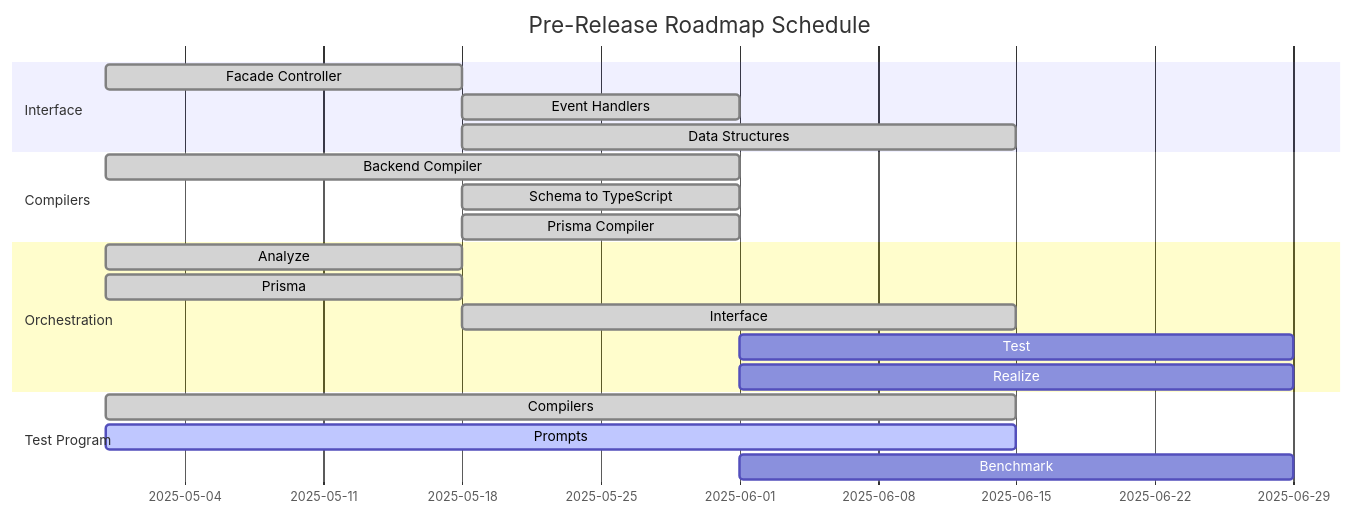
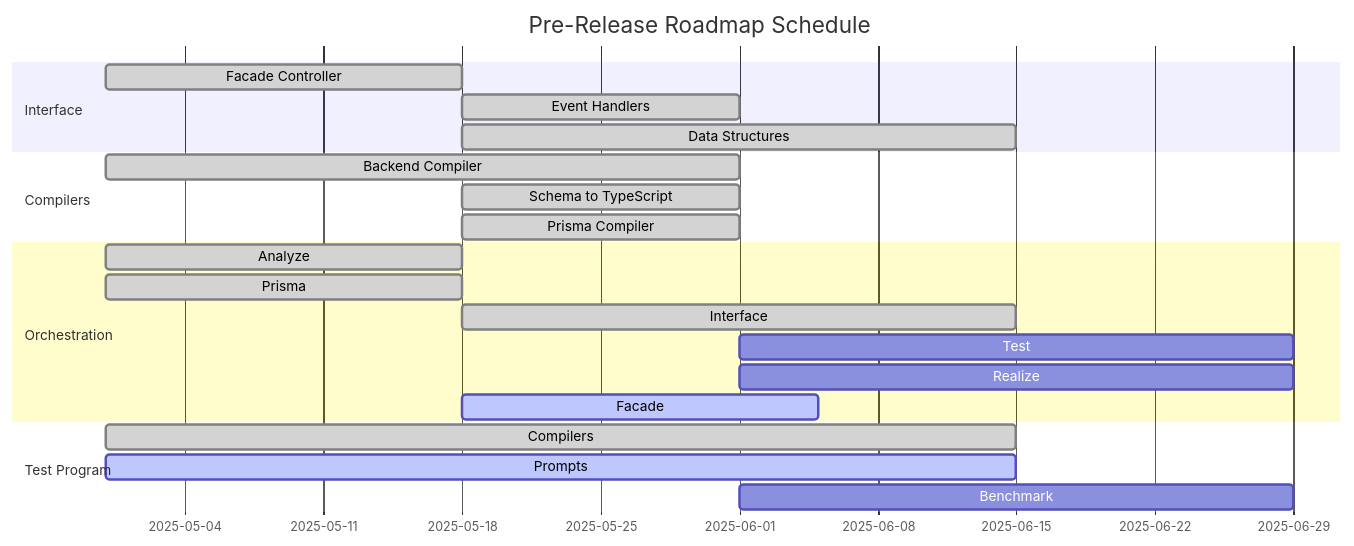
Before and after one commit to wrtnlabs/autobe: the third of 3 diagrams in README.md, drawn with Mermaid. The commit also changed 15 other files, not shown here.

````diff
--- a/README.md
+++ b/README.md
@@ -404,27 +404,28 @@
 ```mermaid
 gantt
   dateFormat YYYY-MM-DD
   title Pre-Release Roadmap Schedule
 
   section Interface
   Facade Controller: done, 2025-04-30, 18d
   Event Handlers:    done, 2025-05-18, 14d
   Data Structures:   done, 2025-05-18, 28d
 
   section Compilers
   Backend Compiler:     done, 2025-04-30, 32d
   Schema to TypeScript: done, 2025-05-18, 14d
   Prisma Compiler:      done, 2025-05-18, 14d
 
   section Orchestration
   Analyze  : done,    2025-04-30, 18d
   Prisma   : done,    2025-04-30, 18d
   Interface: done,    2025-05-18, 28d
   Test     : planned, 2025-06-01, 28d
   Realize  : planned, 2025-06-01, 28d
+  Facade   : active,  2025-05-18, 18d
 
   section Test Program
   Compilers: done,    2025-04-30, 46d
   Prompts:   active,  2025-04-30, 46d
   Benchmark: planned, 2025-06-01, 28d
 ```
````
